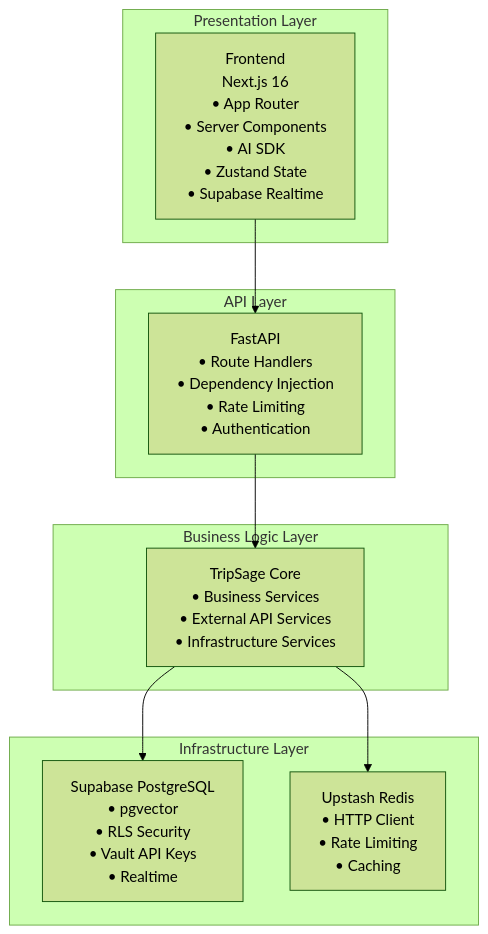
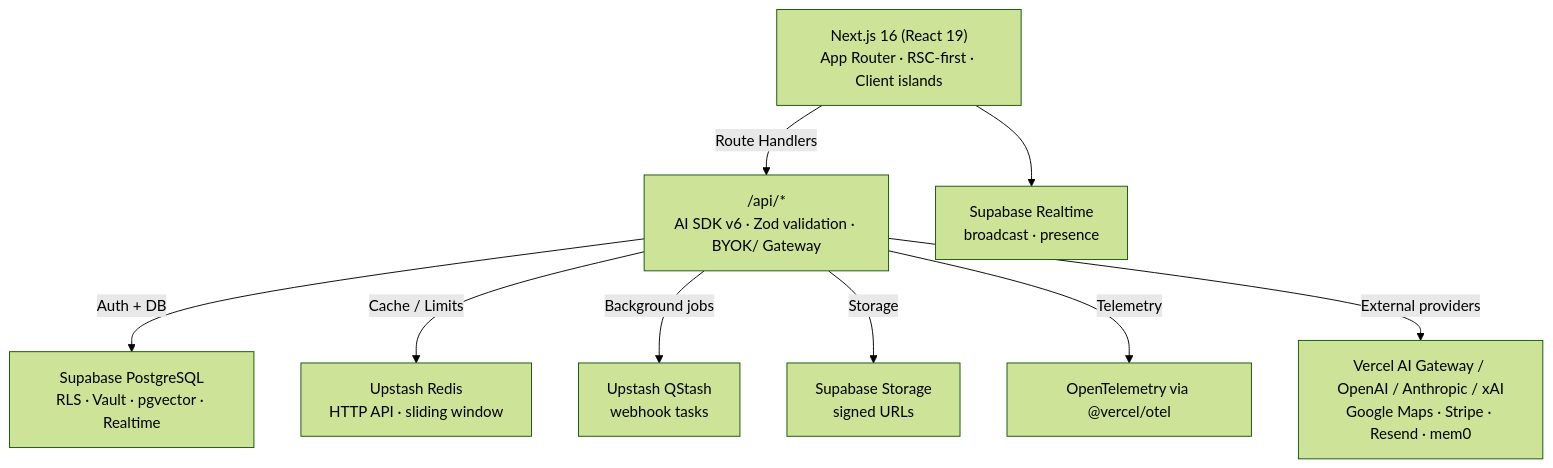
Before and after one commit to BjornMelin/tripsage-ai: the first of 3 diagrams in docs/architecture/system-overview.md, drawn with Mermaid (forest theme). The commit also changed other lines of this file and 4 other files, not shown here.

First line of the commit message:
refactor: update data architecture documentation for clarity and focus

````diff
--- a/docs/architecture/system-overview.md
+++ b/docs/architecture/system-overview.md
@@ -9,24 +7,11 @@
 ```mermaid
 graph TD
-    subgraph "Presentation Layer"
-        FE[Frontend<br/>Next.js 16<br/>• App Router<br/>• Server Components<br/>• AI SDK<br/>• Zustand State<br/>• Supabase Realtime]
-    end
-
-    subgraph "API Layer"
-        API[FastAPI<br/>• Route Handlers<br/>• Dependency Injection<br/>• Rate Limiting<br/>• Authentication]
-    end
-
-    subgraph "Business Logic Layer"
-        CORE[TripSage Core<br/>• Business Services<br/>• External API Services<br/>• Infrastructure Services]
-    end
-
-    subgraph "Infrastructure Layer"
-        DB[Supabase PostgreSQL<br/>• pgvector<br/>• RLS Security<br/>• Vault API Keys<br/>• Realtime]
-        CACHE[Upstash Redis<br/>• HTTP Client<br/>• Rate Limiting<br/>• Caching]
-    end
-
-    FE --> API
-    API --> CORE
-    CORE --> DB
-    CORE --> CACHE
+    FE["Next.js 16 (React 19)<br/>App Router · RSC-first · Client islands"] -->|"Route Handlers"| API["/api/*<br/>AI SDK v6 · Zod validation · BYOK/ Gateway"]
+    API -->|"Auth + DB"| DB["Supabase PostgreSQL<br/>RLS · Vault · pgvector · Realtime"]
+    API -->|"Cache / Limits"| REDIS["Upstash Redis<br/>HTTP API · sliding window"]
+    API -->|"Background jobs"| QSTASH["Upstash QStash<br/>webhook tasks"]
+    API -->|"Storage"| STORAGE["Supabase Storage<br/>signed URLs"]
+    API -->|"Telemetry"| OTEL["OpenTelemetry via @vercel/otel"]
+    API -->|"External providers"| PROVIDERS["Vercel AI Gateway / OpenAI / Anthropic / xAI<br/>Google Maps · Stripe · Resend · mem0"]
+    FE --> RT["Supabase Realtime<br/>broadcast · presence"]
 ```
````
